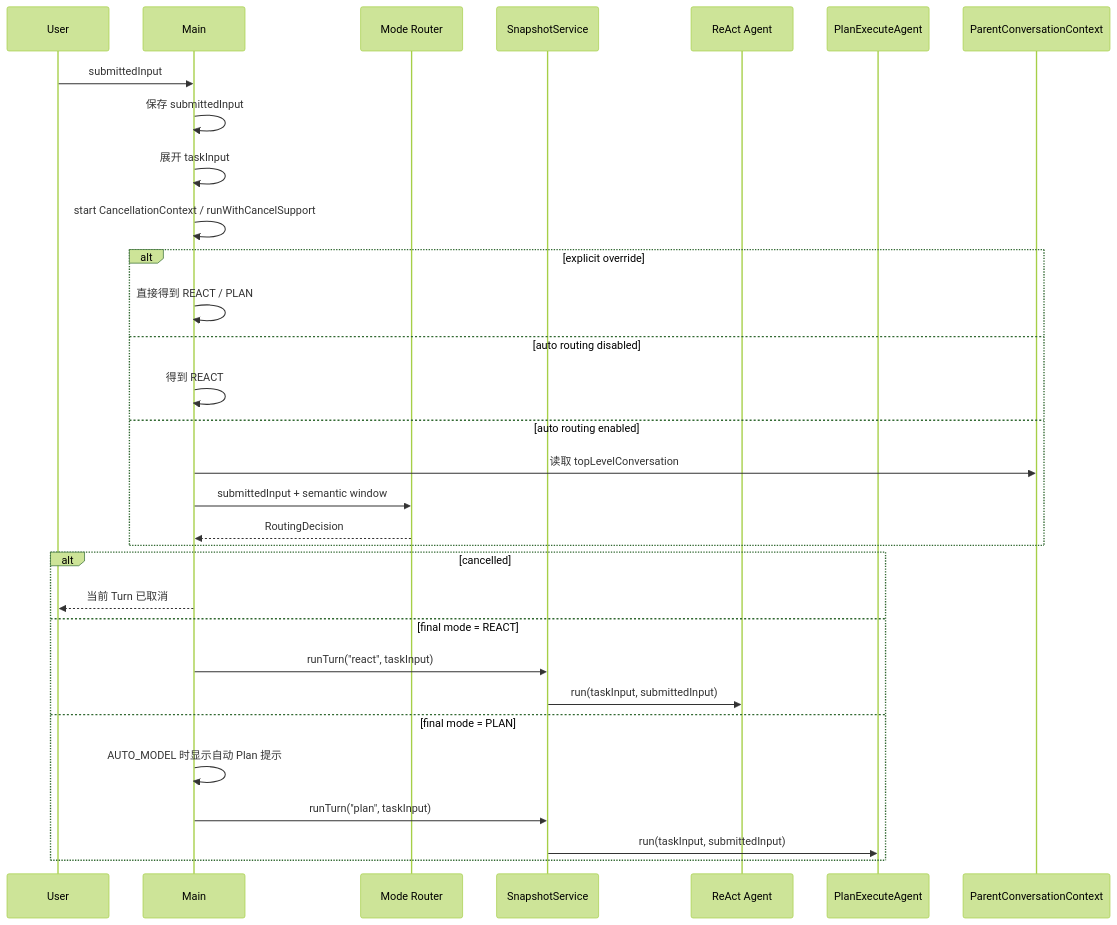
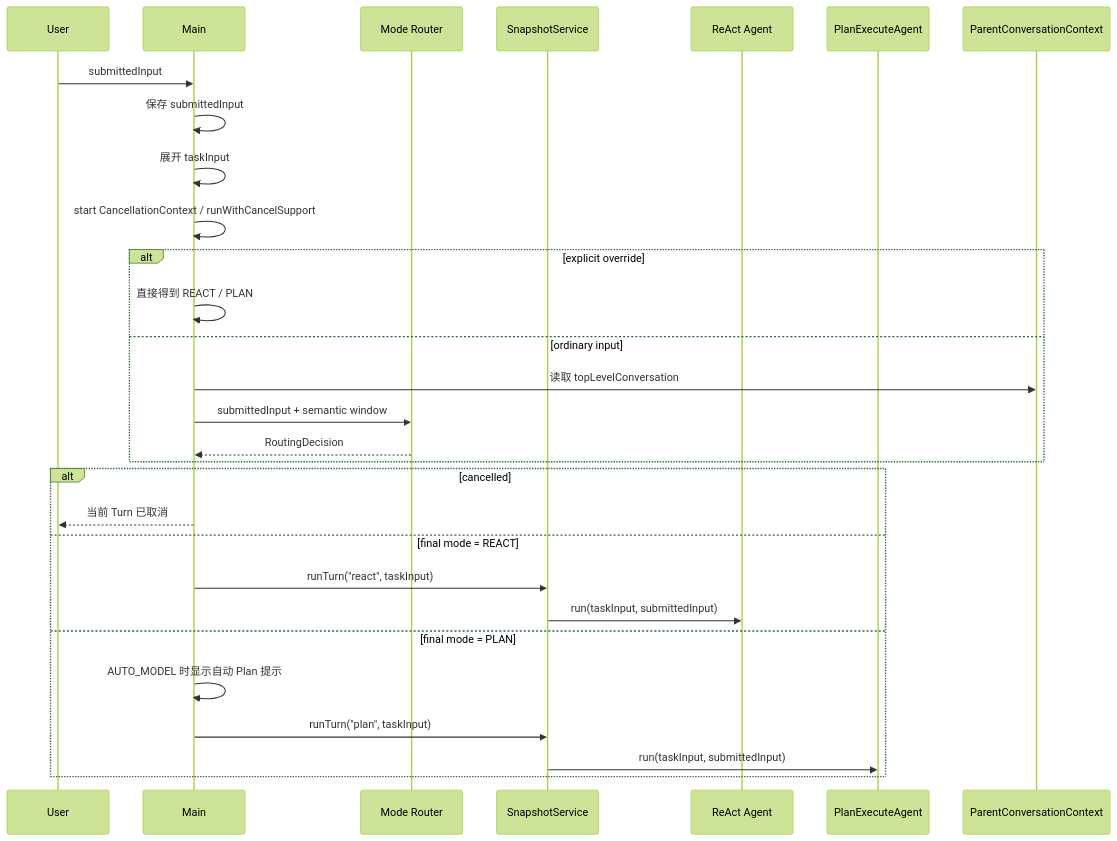
Before and after one commit to zgjdev/Code-Agent: the fourth of 4 diagrams in docs/dev/15-auto-execution-mode-routing.md, drawn with Mermaid (forest theme). The commit also changed other lines of this file and 23 other files, not shown here.

````diff
--- a/docs/dev/15-auto-execution-mode-routing.md
+++ b/docs/dev/15-auto-execution-mode-routing.md
@@ -584,36 +560,34 @@
 ```mermaid
 sequenceDiagram
     participant U as User
     participant M as Main
     participant R as Mode Router
     participant S as SnapshotService
     participant A as ReAct Agent
     participant P as PlanExecuteAgent
     participant C as ParentConversationContext
 
     U->>M: submittedInput
     M->>M: 保存 submittedInput
     M->>M: 展开 taskInput
     M->>M: start CancellationContext / runWithCancelSupport
 
     alt explicit override
         M->>M: 直接得到 REACT / PLAN
-    else auto routing disabled
-        M->>M: 得到 REACT
-    else auto routing enabled
+    else ordinary input
         M->>C: 读取 topLevelConversation
         M->>R: submittedInput + semantic window
         R-->>M: RoutingDecision
     end
 
     alt cancelled
         M-->>U: 当前 Turn 已取消
     else final mode = REACT
         M->>S: runTurn("react", taskInput)
         S->>A: run(taskInput, submittedInput)
     else final mode = PLAN
         M->>M: AUTO_MODEL 时显示自动 Plan 提示
         M->>S: runTurn("plan", taskInput)
         S->>P: run(taskInput, submittedInput)
     end
 ```
````
